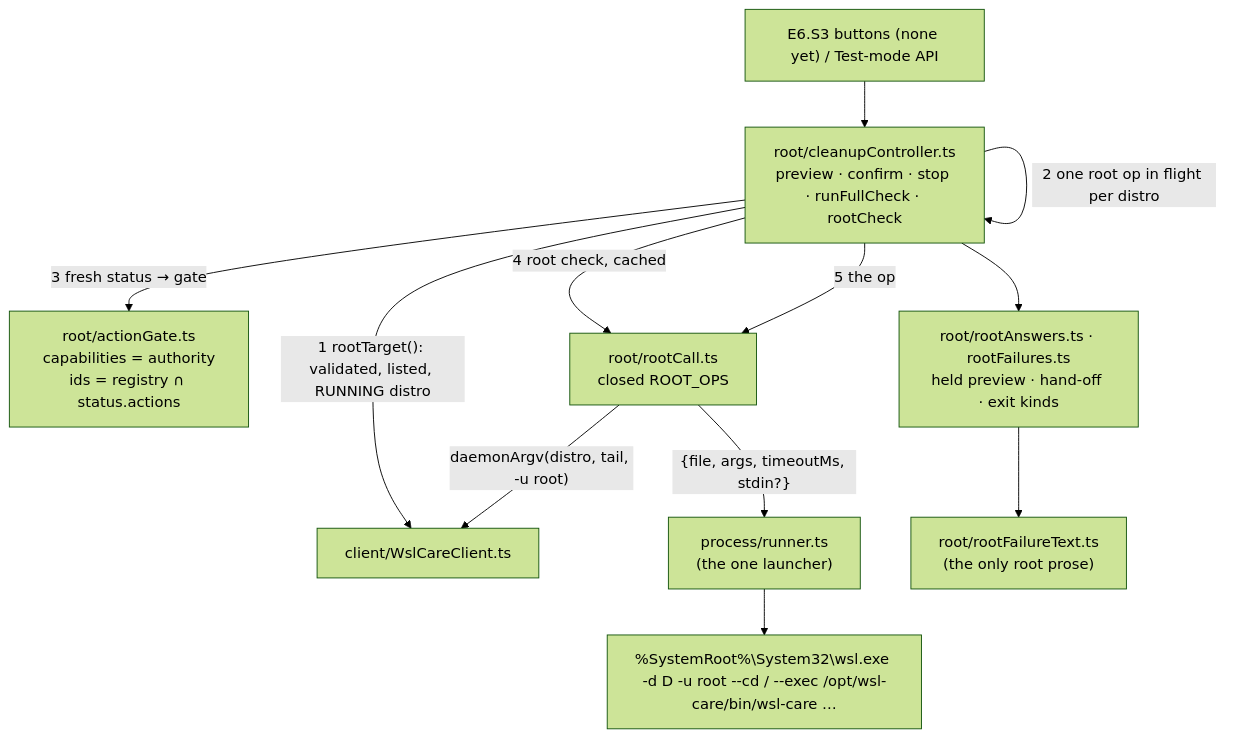
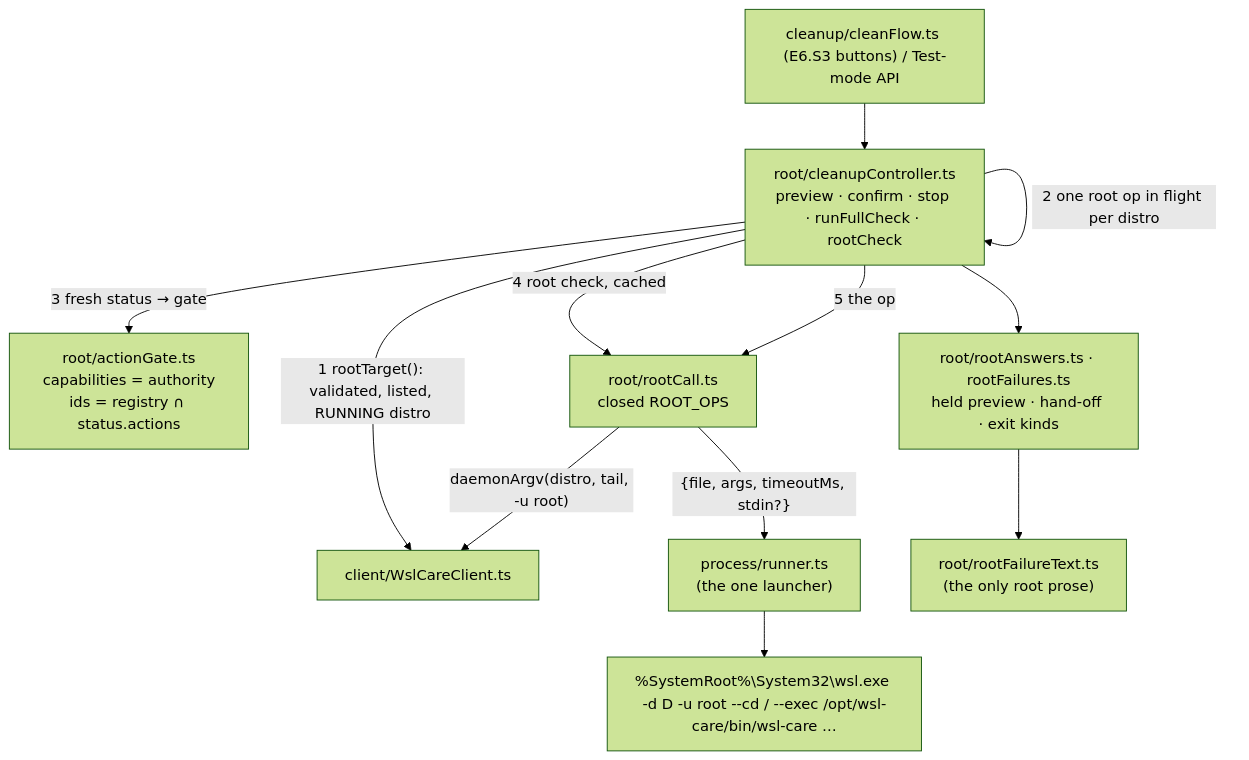
One commit to oleksandrdubyna88/wsl_care changed diagram 26 of 32 in research/architecture.md. Above: the diagram before and after it, drawn with Mermaid (forest theme). The commit also changed other lines of this file and 5 other files, not shown here.

First line of the commit message:
docs: E6.S3 - the cleanup buttons in architecture, the READMEs, the churn record and the plan row

````diff
--- a/research/architecture.md
+++ b/research/architecture.md
@@ -2469,14 +2472,14 @@
 ```mermaid
 flowchart TD
-  B["E6.S3 buttons (none yet) / Test-mode API"] --> C["root/cleanupController.ts<br/>preview · confirm · stop · runFullCheck · rootCheck"]
+  B["cleanup/cleanFlow.ts (E6.S3 buttons) / Test-mode API"] --> C["root/cleanupController.ts<br/>preview · confirm · stop · runFullCheck · rootCheck"]
   C -->|"1 rootTarget(): validated, listed, RUNNING distro"| WC["client/WslCareClient.ts"]
   C -->|"2 one root op in flight per distro"| C
   C -->|"3 fresh status → gate"| G["root/actionGate.ts<br/>capabilities = authority<br/>ids = registry ∩ status.actions"]
   C -->|"4 root check, cached"| R["root/rootCall.ts<br/>closed ROOT_OPS"]
   C -->|"5 the op"| R
   R -->|"daemonArgv(distro, tail, -u root)"| WC
   R -->|"{file, args, timeoutMs, stdin?}"| RUN["process/runner.ts<br/>(the one launcher)"]
   RUN --> WSL["%SystemRoot%\System32\wsl.exe -d D -u root --cd / --exec /opt/wsl-care/bin/wsl-care …"]
   C --> A["root/rootAnswers.ts · rootFailures.ts<br/>held preview · hand-off · exit kinds"]
   A --> T["root/rootFailureText.ts<br/>(the only root prose)"]
 ```
````
